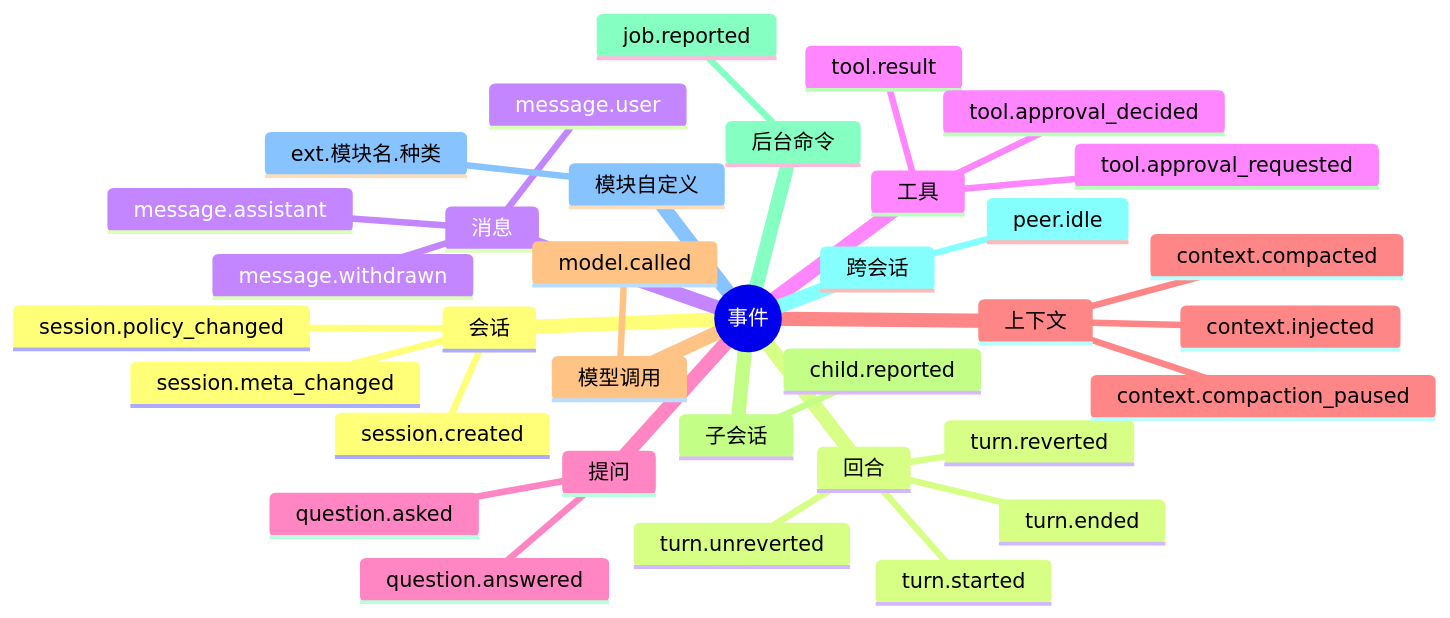
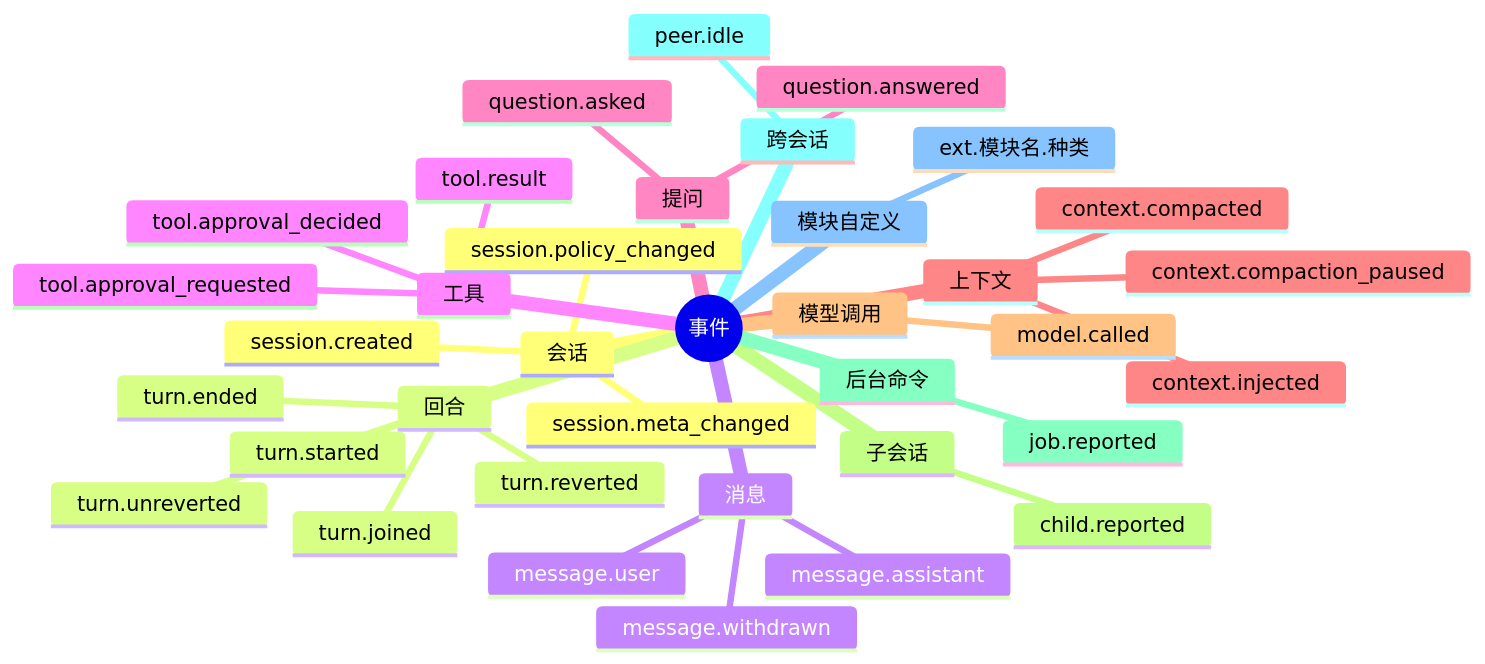
One commit to SHORiN-KiWATA/miyu-agent-remake changed the first of 3 diagrams in docs/designs/03-事件模型.md. Above: the diagram before and after it, drawn with Mermaid. The commit also changed other lines of this file and 24 other files, not shown here.

````diff
--- a/docs/designs/03-事件模型.md
+++ b/docs/designs/03-事件模型.md
@@ -103,38 +103,39 @@
 ```mermaid
 mindmap
   root((事件))
     会话
       session.created
       session.policy_changed
       session.meta_changed
     回合
       turn.started
+      turn.joined
       turn.ended
       turn.reverted
       turn.unreverted
     消息
       message.user
       message.assistant
       message.withdrawn
     工具
       tool.result
       tool.approval_requested
       tool.approval_decided
     提问
       question.asked
       question.answered
     上下文
       context.injected
       context.compacted
       context.compaction_paused
     模型调用
       model.called
     子会话
       child.reported
     后台命令
       job.reported
     跨会话
       peer.idle
     模块自定义
       ext.模块名.种类
 ```
````
